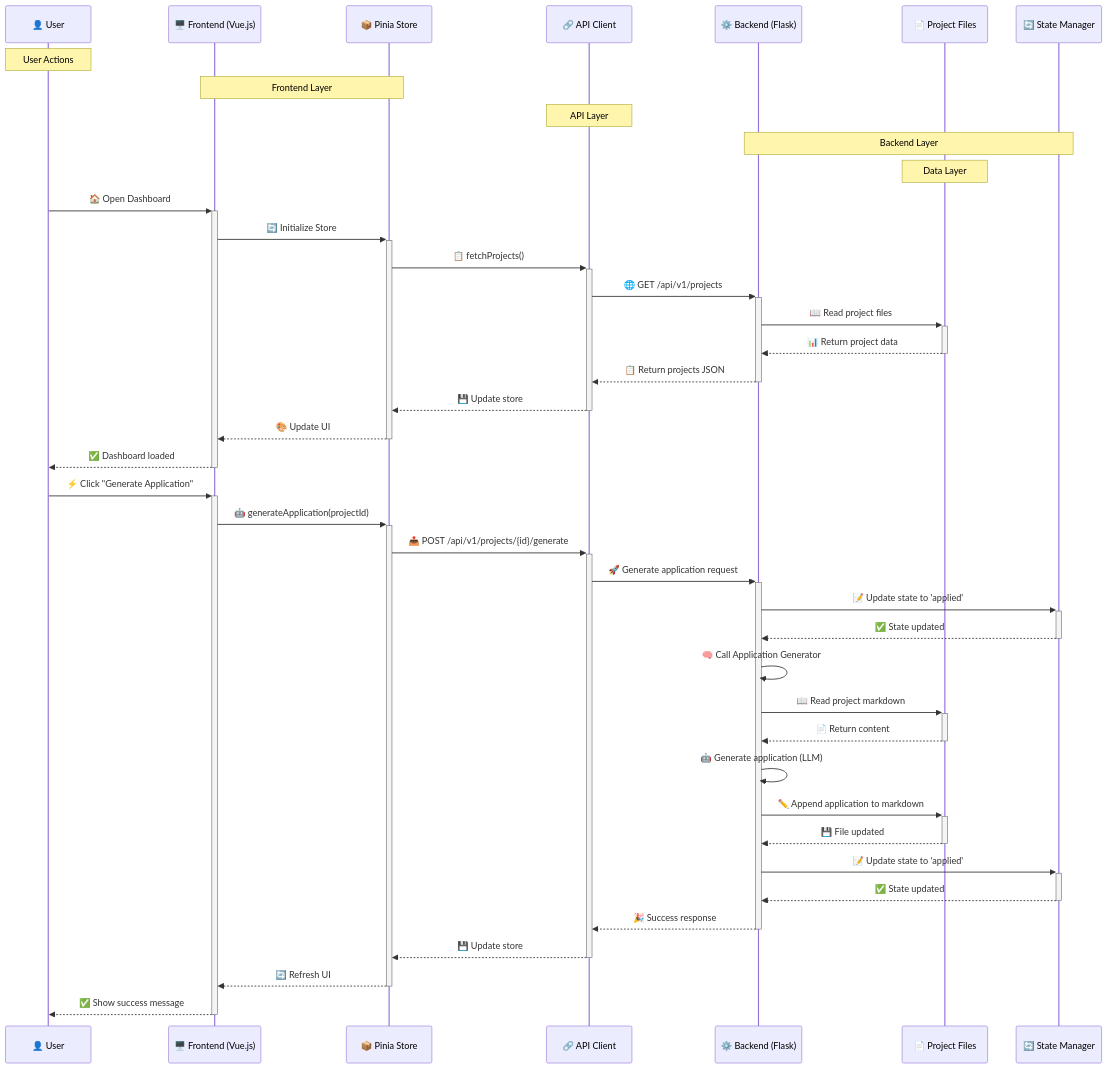
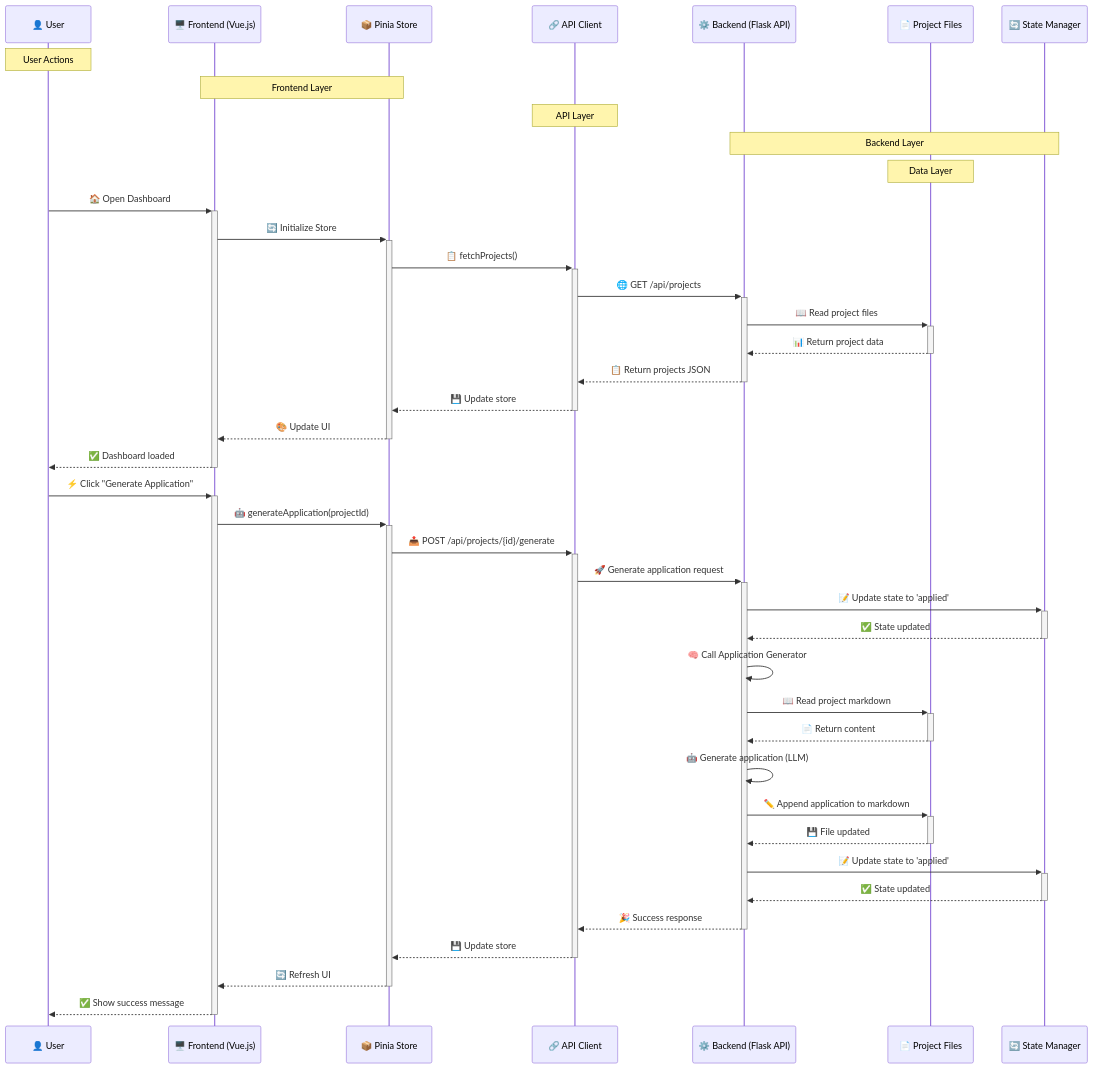
One commit to andreaswittmann/project-bot changed the third of 6 diagrams in architecture.md. Above: the diagram before and after it, drawn with Mermaid. The commit also changed other lines of this file and 1 other file, not shown here.

Commit message:
Update documentation: fix Mermaid Component Diagram parsing error, correct project structure for Vue.js frontend and Flask backend, remove undocumented export feature, enhance installation/usage instructions

````diff
--- a/architecture.md
+++ b/architecture.md
@@ -159,48 +180,48 @@
 ```mermaid
 sequenceDiagram
     %% Define participant styles
     participant U as 👤 User
     participant F as 🖥️ Frontend (Vue.js)
     participant S as 📦 Pinia Store
     participant A as 🔗 API Client
-    participant B as ⚙️ Backend (Flask)
+    participant B as ⚙️ Backend (Flask API)
     participant P as 📄 Project Files
     participant SM as 🔄 State Manager
 
     %% Style definitions
     Note over U: User Actions
     Note over F,S: Frontend Layer
     Note over A: API Layer
     Note over B,SM: Backend Layer
     Note over P: Data Layer
 
     U->>+F: 🏠 Open Dashboard
     F->>+S: 🔄 Initialize Store
     S->>+A: 📋 fetchProjects()
-    A->>+B: 🌐 GET /api/v1/projects
+    A->>+B: 🌐 GET /api/projects
     B->>+P: 📖 Read project files
     P-->>-B: 📊 Return project data
     B-->>-A: 📋 Return projects JSON
     A-->>-S: 💾 Update store
     S-->>-F: 🎨 Update UI
     F-->>-U: ✅ Dashboard loaded
 
     U->>+F: ⚡ Click "Generate Application"
     F->>+S: 🤖 generateApplication(projectId)
-    S->>+A: 📤 POST /api/v1/projects/{id}/generate
+    S->>+A: 📤 POST /api/projects/{id}/generate
     A->>+B: 🚀 Generate application request
     B->>+SM: 📝 Update state to 'applied'
     SM-->>-B: ✅ State updated
     B->>B: 🧠 Call Application Generator
     B->>+P: 📖 Read project markdown
     P-->>-B: 📄 Return content
     B->>B: 🤖 Generate application (LLM)
     B->>+P: ✏️ Append application to markdown
     P-->>-B: 💾 File updated
     B->>+SM: 📝 Update state to 'applied'
     SM-->>-B: ✅ State updated
     B-->>-A: 🎉 Success response
     A-->>-S: 💾 Update store
     S-->>-F: 🔄 Refresh UI
     F-->>-U: ✅ Show success message
 ```
````
